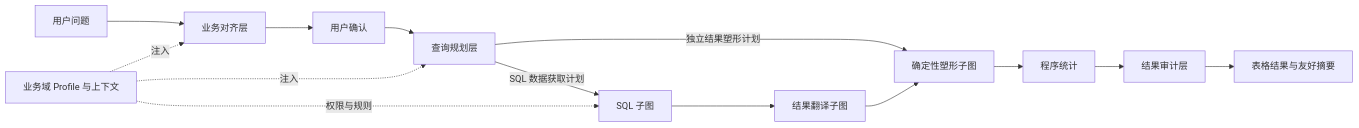
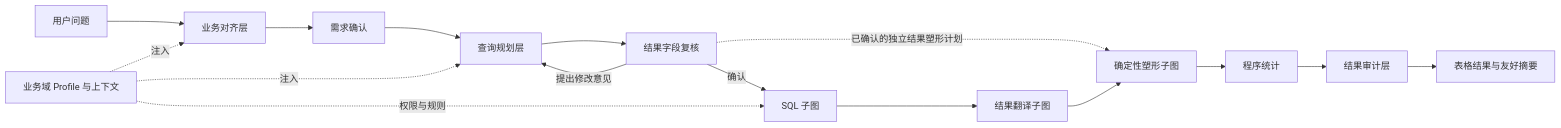
Before and after one commit to caicai-6666/flame-sport-pheno-manage-be: the diagram in description/application/query-agent.md, drawn with Mermaid. The commit also changed other lines of this file and 12 other files, not shown here.

````diff
--- a/description/application/query-agent.md
+++ b/description/application/query-agent.md
@@ -27,16 +27,18 @@
 ```mermaid
 flowchart LR
     U[用户问题] --> A[业务对齐层]
-    A --> C[用户确认]
+    A --> C[需求确认]
     C --> P[查询规划层]
-    P -->|SQL 数据获取计划| S[SQL 子图]
+    P --> V[结果字段复核]
+    V -->|提出修改意见| P
+    V -->|确认| S[SQL 子图]
     S --> T[结果翻译子图]
-    P -->|独立结果塑形计划| H[确定性塑形子图]
+    V -.已确认的独立结果塑形计划.-> H[确定性塑形子图]
     T --> H
     H --> R[程序统计]
     R --> Q[结果审计层]
     Q --> O[表格结果与友好摘要]
     D[业务域 Profile 与上下文] -.注入.-> A
     D -.注入.-> P
     D -.权限与规则.-> S
 ```
````
